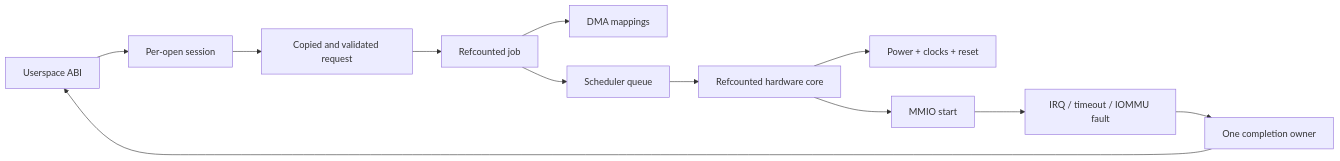
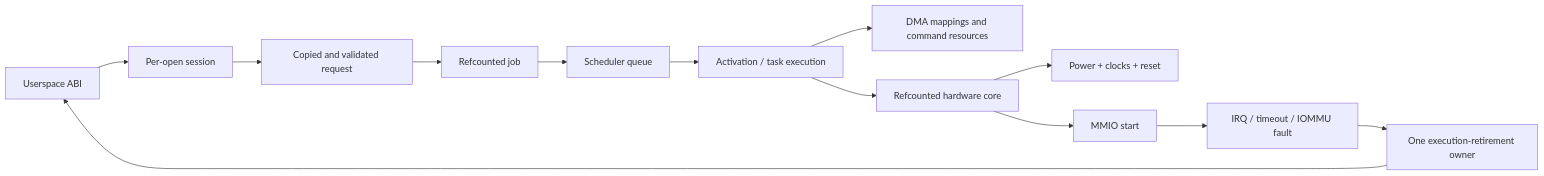
One commit to yisding/rock-5b-ysp changed the diagram in kernel-drivers/docs/rewrite-driver-architecture/01-foundations.md. Above: the diagram before and after it, drawn with Mermaid. The commit also changed other lines of this file and 13 other files, not shown here.

````diff
--- a/kernel-drivers/docs/rewrite-driver-architecture/01-foundations.md
+++ b/kernel-drivers/docs/rewrite-driver-architecture/01-foundations.md
@@ -30,14 +30,15 @@
 ```mermaid
 flowchart LR
     U["Userspace ABI"] --> S["Per-open session"]
     S --> R["Copied and validated request"]
     R --> J["Refcounted job"]
-    J --> M["DMA mappings"]
     J --> Q["Scheduler queue"]
-    Q --> H["Refcounted hardware core"]
+    Q --> E["Activation / task execution"]
+    E --> M["DMA mappings and command resources"]
+    E --> H["Refcounted hardware core"]
     H --> P["Power + clocks + reset"]
     H --> X["MMIO start"]
     X --> I["IRQ / timeout / IOMMU fault"]
-    I --> C["One completion owner"]
+    I --> C["One execution-retirement owner"]
     C --> U
 ```
````
